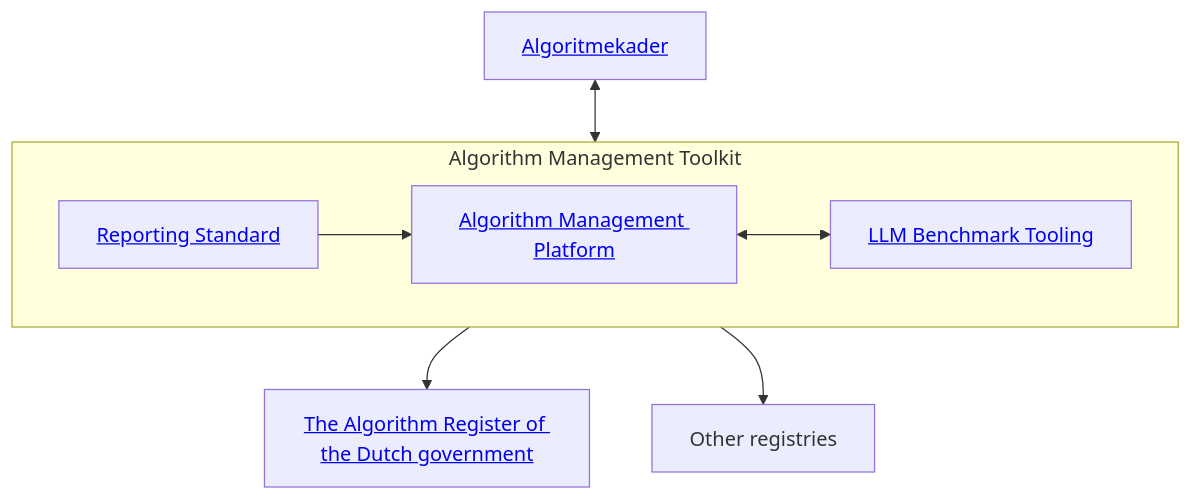
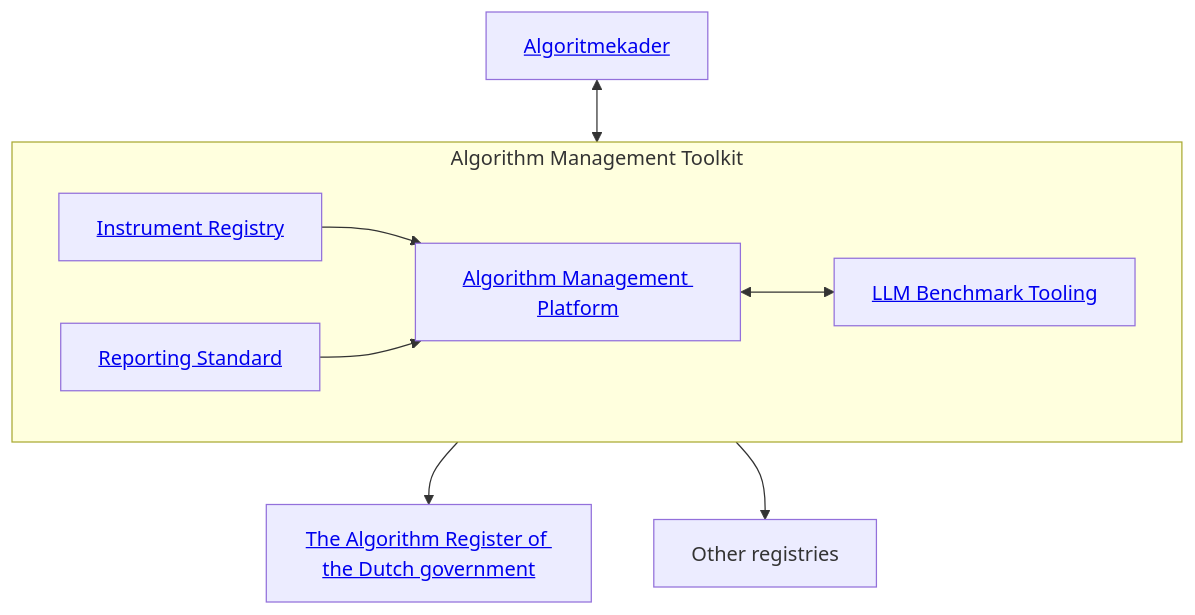
Before and after one commit to MinBZK/ai-validation: the diagram in docs/index.md, drawn with Mermaid.

Commit message:
Add Instrument Registry to our product graph

````diff
--- a/docs/index.md
+++ b/docs/index.md
@@ -16,12 +16,13 @@
 ``` mermaid
 graph TB
-    ak[<a href='https://minbzk.github.io/Algoritmekader/'>Algoritmekader</a>] <--> tmt
+    ak[<a href='https://minbzk.github.io/Algoritmekader/'>Algoritmekader</a>] <--> amt
 
-    subgraph tmt[Algorithm Management Toolkit]
-        st[<a href='/ai-validation/projects/tad/reporting-standard/'>Reporting Standard</a>] --> tad[<a href='https://github.com/MinBZK/tad/'>Algorithm Management Platform</a>]
-        tad <--> llm[<a href='/ai-validation/projects/llm-benchmarks/'>LLM Benchmark Tooling</a>]
+    subgraph amt[Algorithm Management Toolkit]
+        ir[<a href='https://minbzk.github.io/instrument-registry'>Instrument Registry</a>] --> amp[<a href='https://github.com/MinBZK/tad/'>Algorithm Management Platform</a>]
+        st[<a href='/ai-validation/projects/tad/reporting-standard/'>Reporting Standard</a>] --> amp
+        amp <--> llm[<a href='/ai-validation/projects/llm-benchmarks/'>LLM Benchmark Tooling</a>]
     end
 
-    tmt --> ar[<a href='https://algoritmes.overheid.nl/en/'>The Algorithm Register of the Dutch government</a>]
-    tmt --> or[Other registries]
+    amt --> ar[<a href='https://algoritmes.overheid.nl/en/'>The Algorithm Register of the Dutch government</a>]
+    amt --> or[Other registries]
 ```
````
